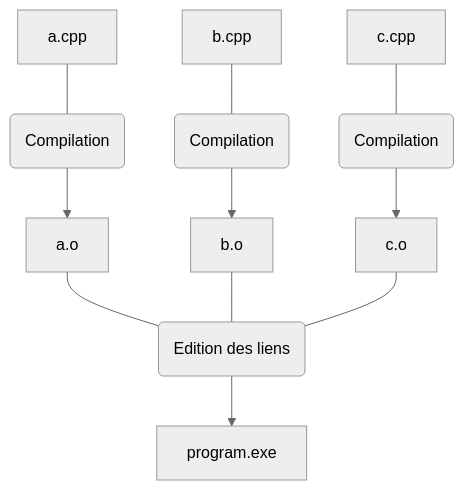
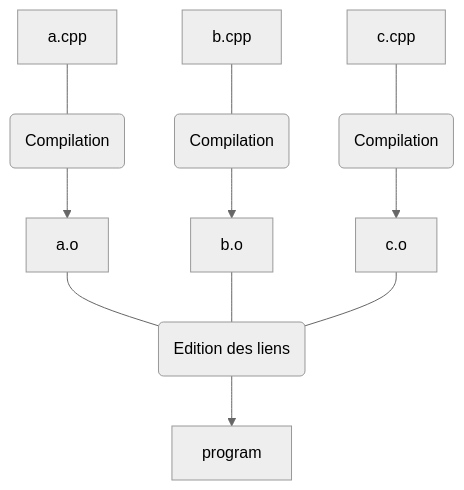
The first of 7 diagrams in content/chapter1/5-compilation.fr.md (marsault/CPP_Learning), drawn with Mermaid (neutral theme) before and after one commit. The commit also changed other lines of this file and 3 other files, not shown here.

```diff
--- a/content/chapter1/5-compilation.fr.md
+++ b/content/chapter1/5-compilation.fr.md
@@ -31,14 +31,14 @@
 {{< mermaid >}}
 flowchart TD;
     L(Edition des liens)
     C1(Compilation)
     C2(Compilation)
     C3(Compilation)
     Acpp[a.cpp] --- C1 --> Ao[a.o]
     Bcpp[b.cpp] --- C2 --> Bo[b.o]
     Ccpp[c.cpp] --- C3 --> Co[c.o]
     Ao --- L
     Bo --- L
     Co --- L
-    L --> E[program.exe]
+    L --> E[program]
 {{< /mermaid >}}
```
